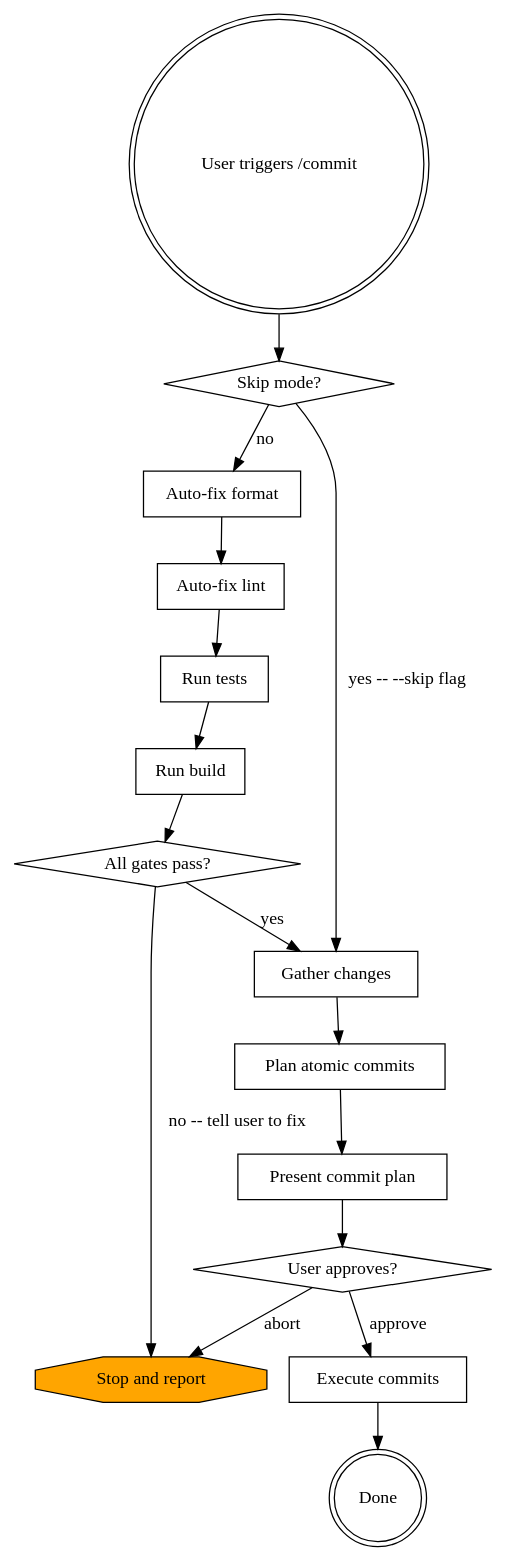
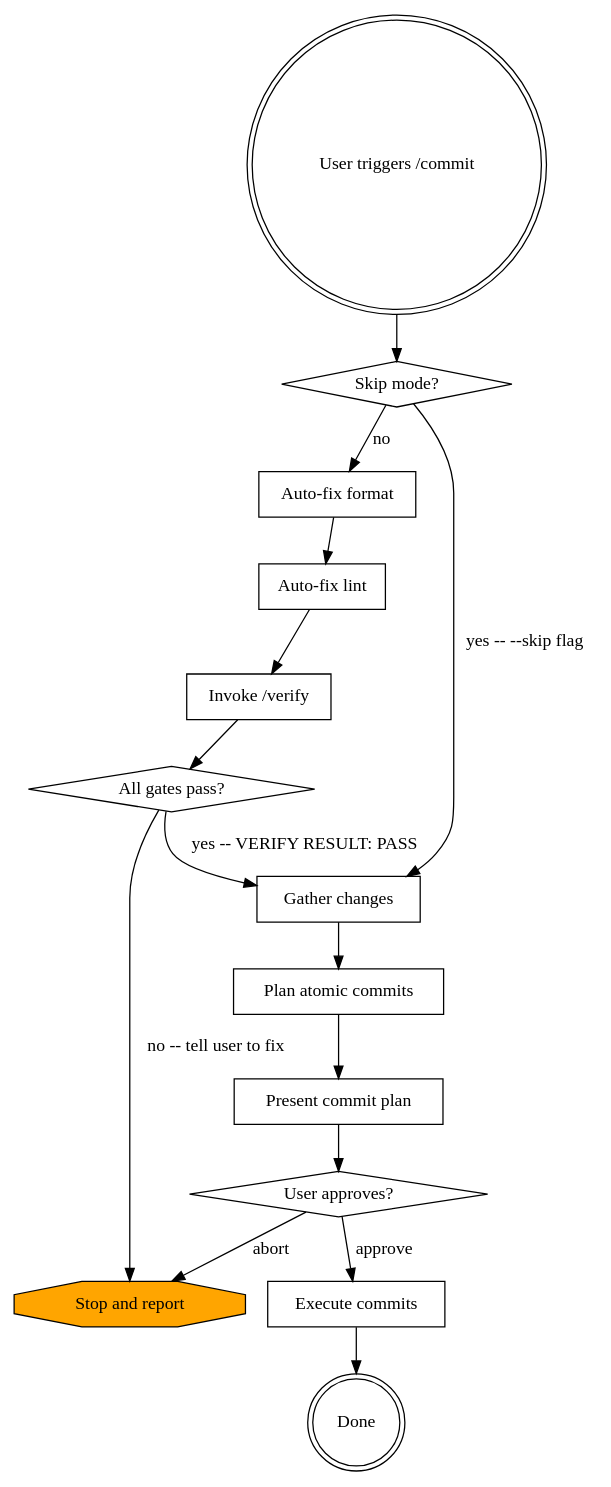
The diagram in skills/commit/SKILL.md (pandaworks-software-plt/pandahrms-skills), drawn with Graphviz before and after one commit. The commit also changed other lines of this file and 10 other files, not shown here.

````diff
--- a/skills/commit/SKILL.md
+++ b/skills/commit/SKILL.md
@@ -37,34 +36,32 @@
 ```dot
 digraph commit {
     "User triggers /commit" [shape=doublecircle];
     "Skip mode?" [shape=diamond];
     "Auto-fix format" [shape=box];
     "Auto-fix lint" [shape=box];
-    "Run tests" [shape=box];
-    "Run build" [shape=box];
+    "Invoke /verify" [shape=box];
     "All gates pass?" [shape=diamond];
     "Stop and report" [shape=octagon, style=filled, fillcolor=orange];
     "Gather changes" [shape=box];
     "Plan atomic commits" [shape=box];
     "Present commit plan" [shape=box];
     "User approves?" [shape=diamond];
     "Execute commits" [shape=box];
     "Done" [shape=doublecircle];
 
     "User triggers /commit" -> "Skip mode?";
     "Skip mode?" -> "Auto-fix format" [label="no"];
     "Skip mode?" -> "Gather changes" [label="yes -- --skip flag"];
     "Auto-fix format" -> "Auto-fix lint";
-    "Auto-fix lint" -> "Run tests";
-    "Run tests" -> "Run build";
-    "Run build" -> "All gates pass?";
+    "Auto-fix lint" -> "Invoke /verify";
+    "Invoke /verify" -> "All gates pass?";
     "All gates pass?" -> "Stop and report" [label="no -- tell user to fix"];
-    "All gates pass?" -> "Gather changes" [label="yes"];
+    "All gates pass?" -> "Gather changes" [label="yes -- VERIFY RESULT: PASS"];
     "Gather changes" -> "Plan atomic commits";
     "Plan atomic commits" -> "Present commit plan";
     "Present commit plan" -> "User approves?";
     "User approves?" -> "Execute commits" [label="approve"];
     "User approves?" -> "Stop and report" [label="abort"];
     "Execute commits" -> "Done";
 }
 ```
````
